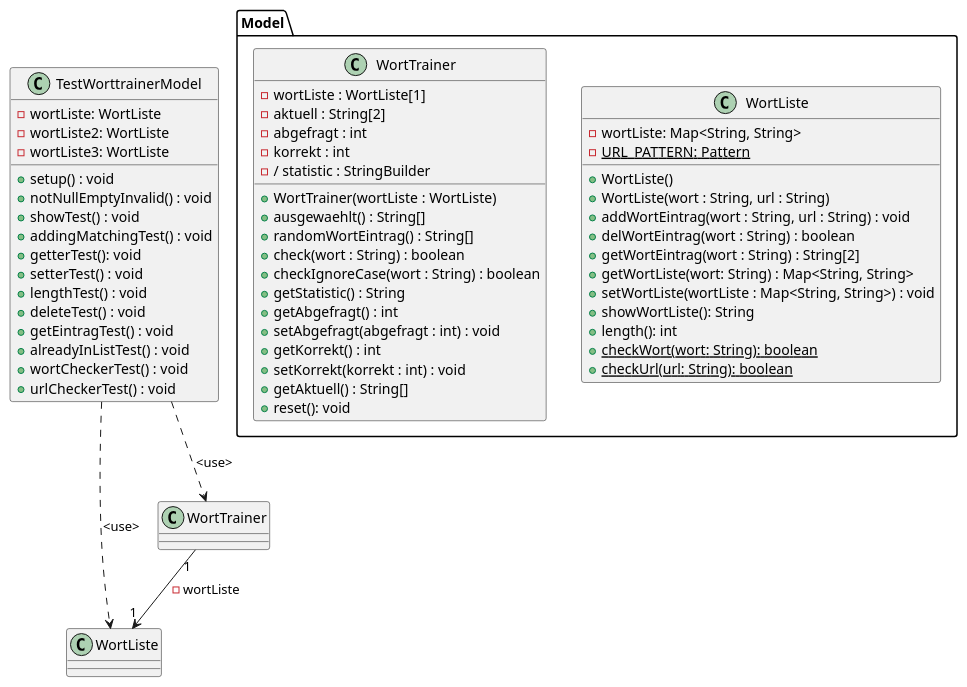
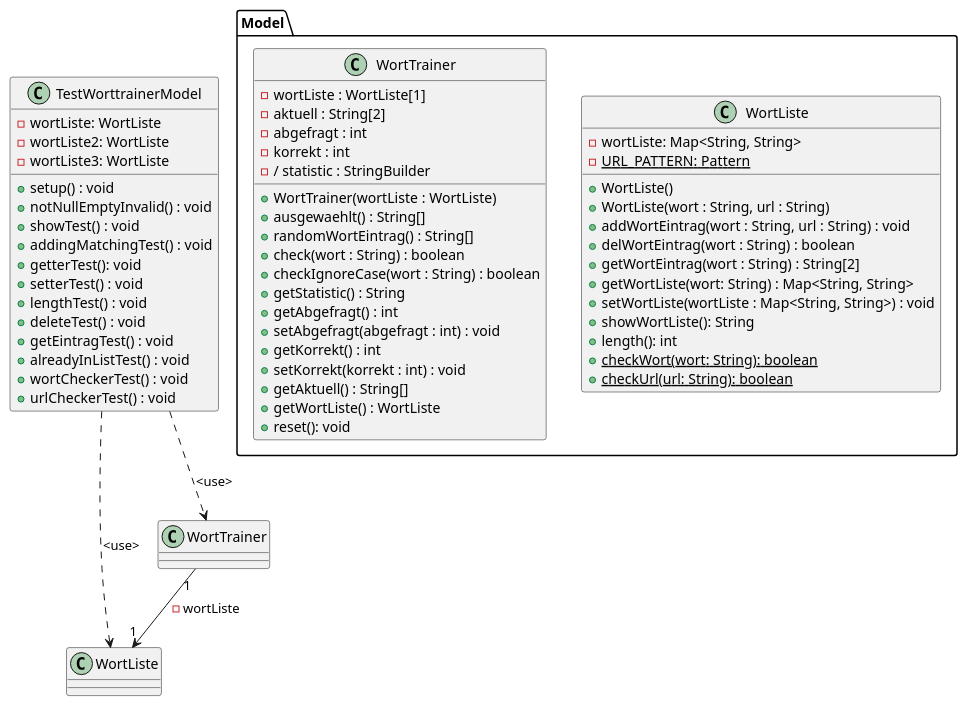
One commit to TGM-HIT/sew9-2425-worttrainer-Batscho changed the diagram in src/main/resources/Worttrainer Reloaded.puml. Above: the diagram before and after it, drawn with PlantUML.

Commit message:
[GK] Worttrainer Reloaded Commit 30: Es wurde auch noch ein Zugriffsmodifikator für die WortListe im WortTrainer UML hinzugefügt

```diff
--- a/src/main/resources/Worttrainer Reloaded.puml
+++ b/src/main/resources/Worttrainer Reloaded.puml
@@ -1,65 +1,66 @@
 @startuml
 'https://plantuml.com/class-diagram
 
 TestWorttrainerModel ..> WortListe : <use>
 TestWorttrainerModel ..> WortTrainer : <use>
 WortTrainer "1" --> "1" WortListe : - wortListe
 
 package Model {
 class WortListe {
 - wortListe: Map<String, String>
 - {static} URL_PATTERN: Pattern
 + WortListe()
 + WortListe(wort : String, url : String)
 + addWortEintrag(wort : String, url : String) : void
 + delWortEintrag(wort : String) : boolean
 + getWortEintrag(wort : String) : String[2]
 + getWortListe(wort: String) : Map<String, String>
 + setWortListe(wortListe : Map<String, String>) : void
 + showWortListe(): String
 + length(): int
 + {static} checkWort(wort: String): boolean
 + {static} checkUrl(url: String): boolean
 }
 
 class WortTrainer {
 - wortListe : WortListe[1]
 - aktuell : String[2]
 - abgefragt : int
 - korrekt : int
 - / statistic : StringBuilder
 + WortTrainer(wortListe : WortListe)
 + ausgewaehlt() : String[]
 + randomWortEintrag() : String[]
 + check(wort : String) : boolean
 + checkIgnoreCase(wort : String) : boolean
 + getStatistic() : String
 + getAbgefragt() : int
 + setAbgefragt(abgefragt : int) : void
 + getKorrekt() : int
 + setKorrekt(korrekt : int) : void
 + getAktuell() : String[]
++ getWortListe() : WortListe
 + reset(): void
 }
 }
 
 
 class TestWorttrainerModel {
 - wortListe: WortListe
 - wortListe2: WortListe
 - wortListe3: WortListe
 + setup() : void
 + notNullEmptyInvalid() : void
 + showTest() : void
 + addingMatchingTest() : void
 + getterTest(): void
 + setterTest() : void
 + lengthTest() : void
 + deleteTest() : void
 + getEintragTest() : void
 + alreadyInListTest() : void
 + wortCheckerTest() : void
 + urlCheckerTest() : void
 }
 
 @enduml
```
